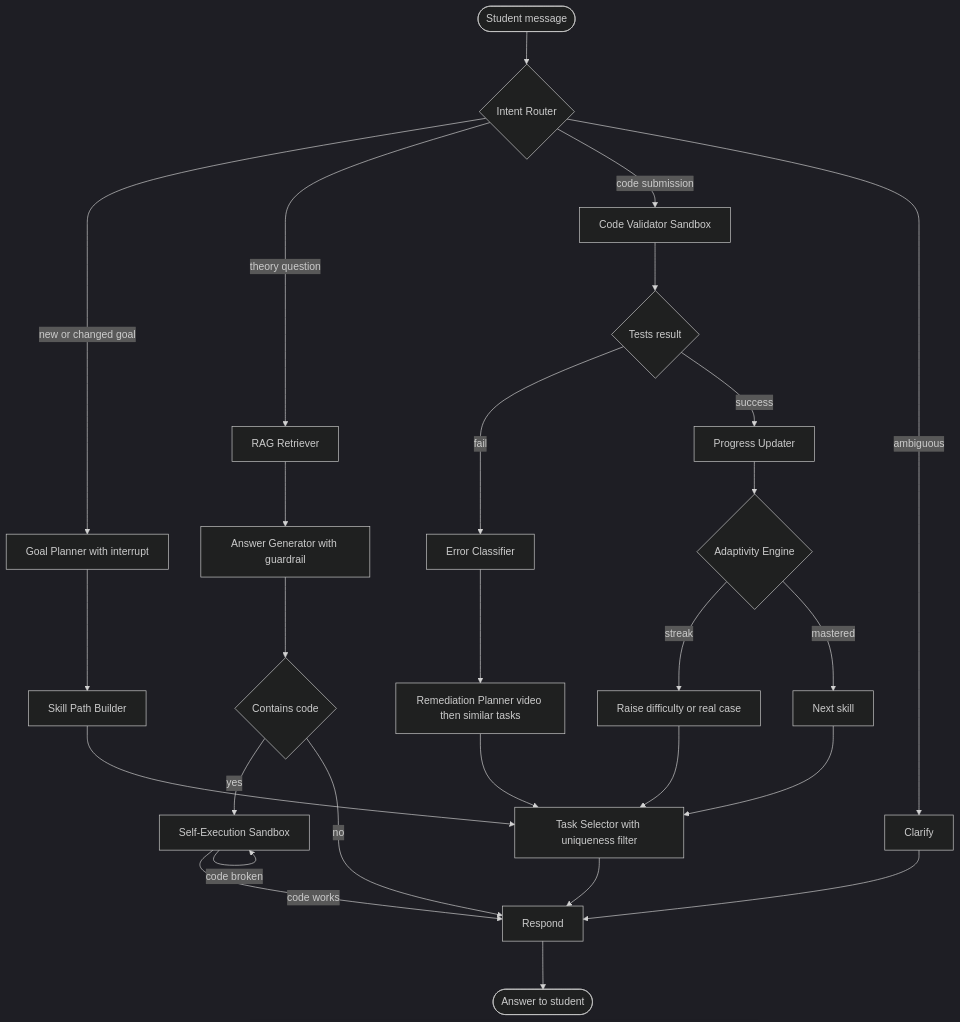
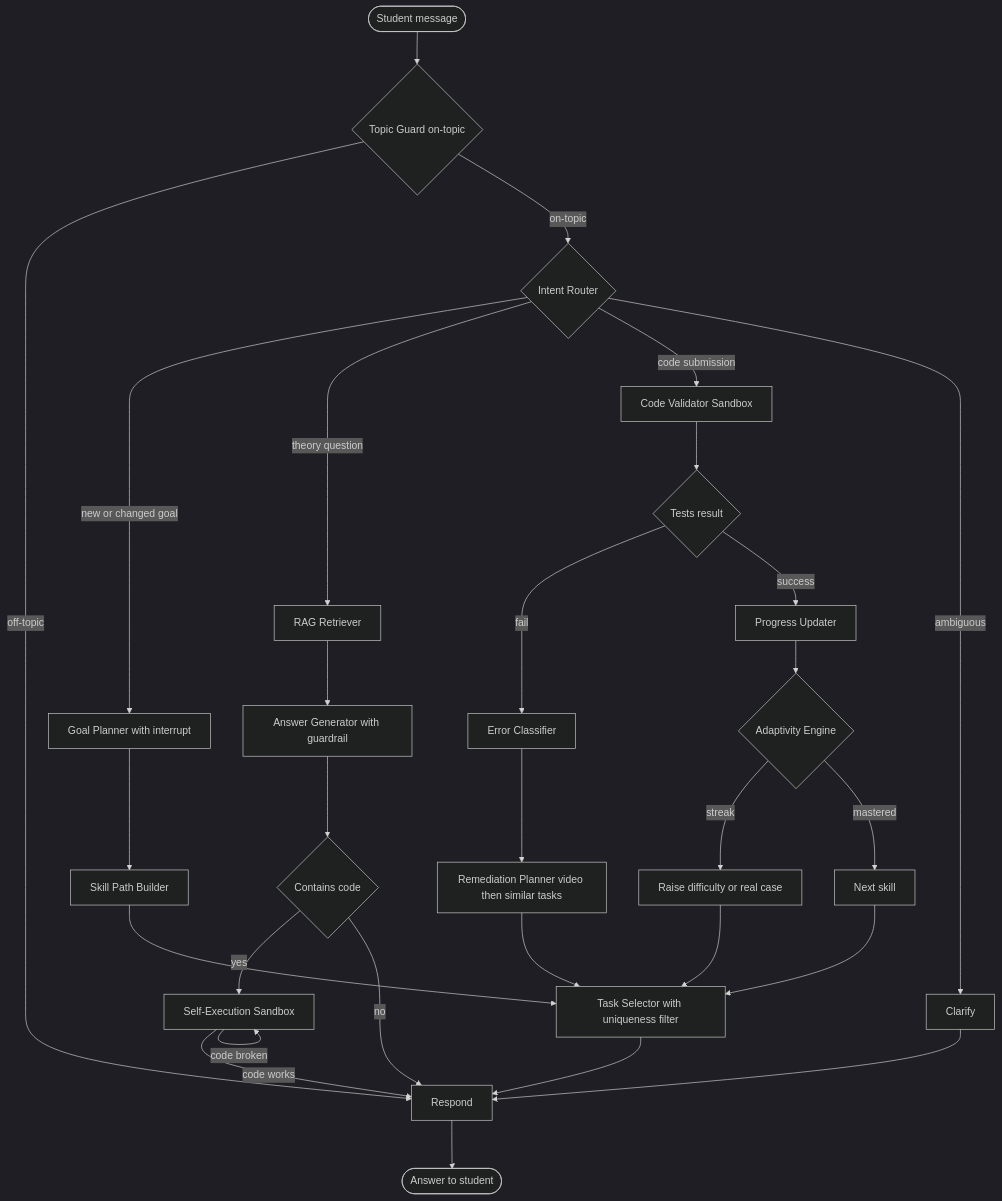
One commit to dmitrygashnikov/demo_ai_agent changed the second of 5 diagrams in README.md. Above: the diagram before and after it, drawn with Mermaid (dark theme). The commit also changed other lines of this file and 15 other files, not shown here.

````diff
--- a/README.md
+++ b/README.md
@@ -90,36 +92,38 @@
 ```mermaid
 graph TD
-    START([Student message]) --> ROUTER{Intent Router}
+    START([Student message]) --> GUARD{Topic Guard on-topic}
+    GUARD -->|off-topic| RESPOND[Respond]
+    GUARD -->|on-topic| ROUTER{Intent Router}
 
     ROUTER -->|new or changed goal| GOAL[Goal Planner with interrupt]
     ROUTER -->|theory question| RETRIEVE[RAG Retriever]
     ROUTER -->|code submission| VALIDATE[Code Validator Sandbox]
     ROUTER -->|ambiguous| CLARIFY[Clarify]
 
     GOAL --> SKILLPLAN[Skill Path Builder]
     SKILLPLAN --> SELECTTASK[Task Selector with uniqueness filter]
 
     RETRIEVE --> GENERATE[Answer Generator with guardrail]
     GENERATE --> CODECHECK{Contains code}
     CODECHECK -->|yes| SELFEXEC[Self-Execution Sandbox]
     CODECHECK -->|no| RESPOND[Respond]
     SELFEXEC -->|code works| RESPOND
     SELFEXEC -->|code broken| SELFEXEC
 
     VALIDATE --> DIAGNOSE{Tests result}
     DIAGNOSE -->|fail| CLASSIFY[Error Classifier]
     DIAGNOSE -->|success| PROGRESS[Progress Updater]
 
     CLASSIFY --> REMEDIATE[Remediation Planner video then similar tasks]
     REMEDIATE --> SELECTTASK
 
     PROGRESS --> ADAPT{Adaptivity Engine}
     ADAPT -->|streak| LEVELUP[Raise difficulty or real case]
     ADAPT -->|mastered| NEXTSKILL[Next skill]
     LEVELUP --> SELECTTASK
     NEXTSKILL --> SELECTTASK
 
     SELECTTASK --> RESPOND
     CLARIFY --> RESPOND
     RESPOND --> END([Answer to student])
 ```
````
